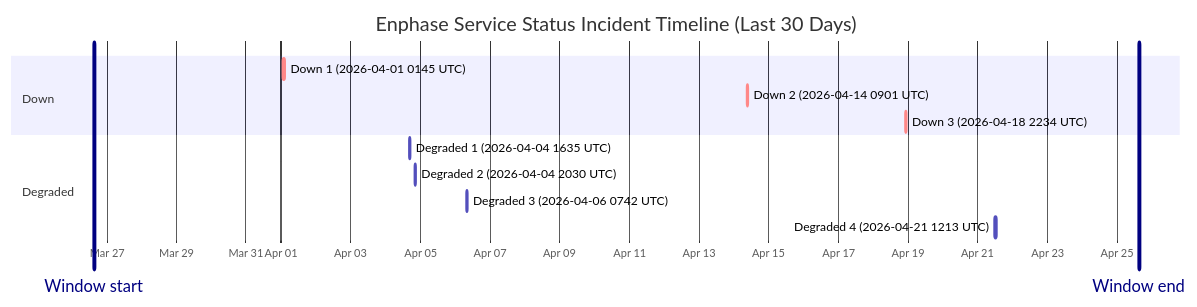
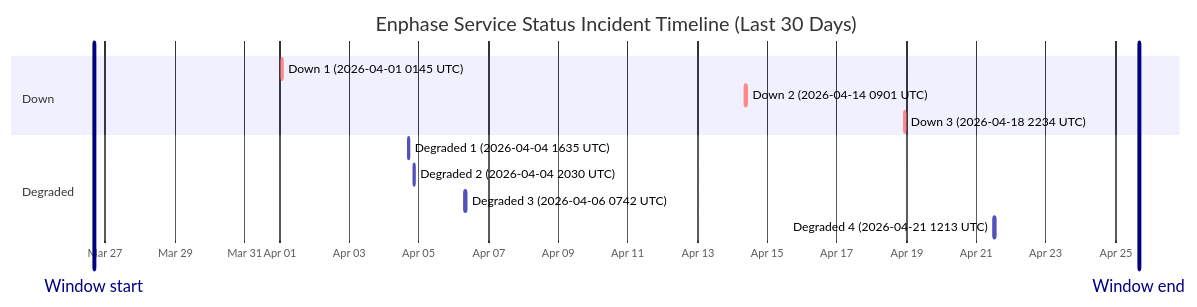
The diagram in wiki/Service-Status-History.md (barneyonline/ha-enphase-ev-charger), drawn with Mermaid before and after one commit. The commit also changed other lines of this file and 3 other files, not shown here.

````diff
--- a/wiki/Service-Status-History.md
+++ b/wiki/Service-Status-History.md
@@ -14,17 +14,17 @@
 ```mermaid
 gantt
     title Enphase Service Status Incident Timeline (Last 30 Days)
     dateFormat  YYYY-MM-DDTHH:mm:ss
     axisFormat  %b %d
-    Window start :vert, window-start, 2026-03-26T15:07:44, 0ms
-    Window end :vert, window-end, 2026-04-25T15:07:44, 0ms
+    Window start :vert, window-start, 2026-03-26T16:04:29, 0ms
+    Window end :vert, window-end, 2026-04-25T16:04:29, 0ms
     section Down
     Down 1 (2026-04-01 0145 UTC) :crit, down-1, 2026-04-01T01:45:09, 60m
     Down 2 (2026-04-14 0901 UTC) :crit, down-2, 2026-04-14T09:01:13, 60m
     Down 3 (2026-04-18 2234 UTC) :crit, down-3, 2026-04-18T22:34:13, 60m
     section Degraded
     Degraded 1 (2026-04-04 1635 UTC) :active, degraded-1, 2026-04-04T16:35:17, 60m
     Degraded 2 (2026-04-04 2030 UTC) :active, degraded-2, 2026-04-04T20:30:40, 60m
     Degraded 3 (2026-04-06 0742 UTC) :active, degraded-3, 2026-04-06T07:42:09, 85m
     Degraded 4 (2026-04-21 1213 UTC) :active, degraded-4, 2026-04-21T12:13:11, 60m
 ```
````
